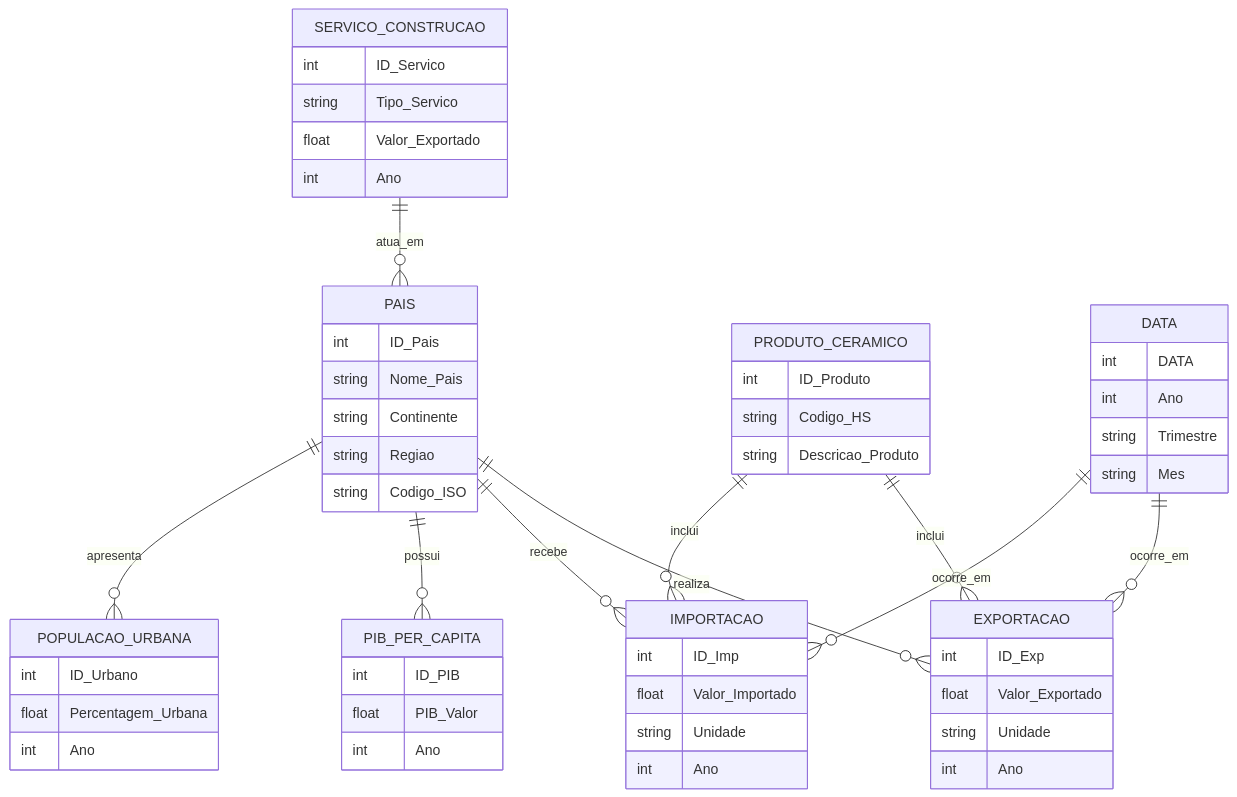
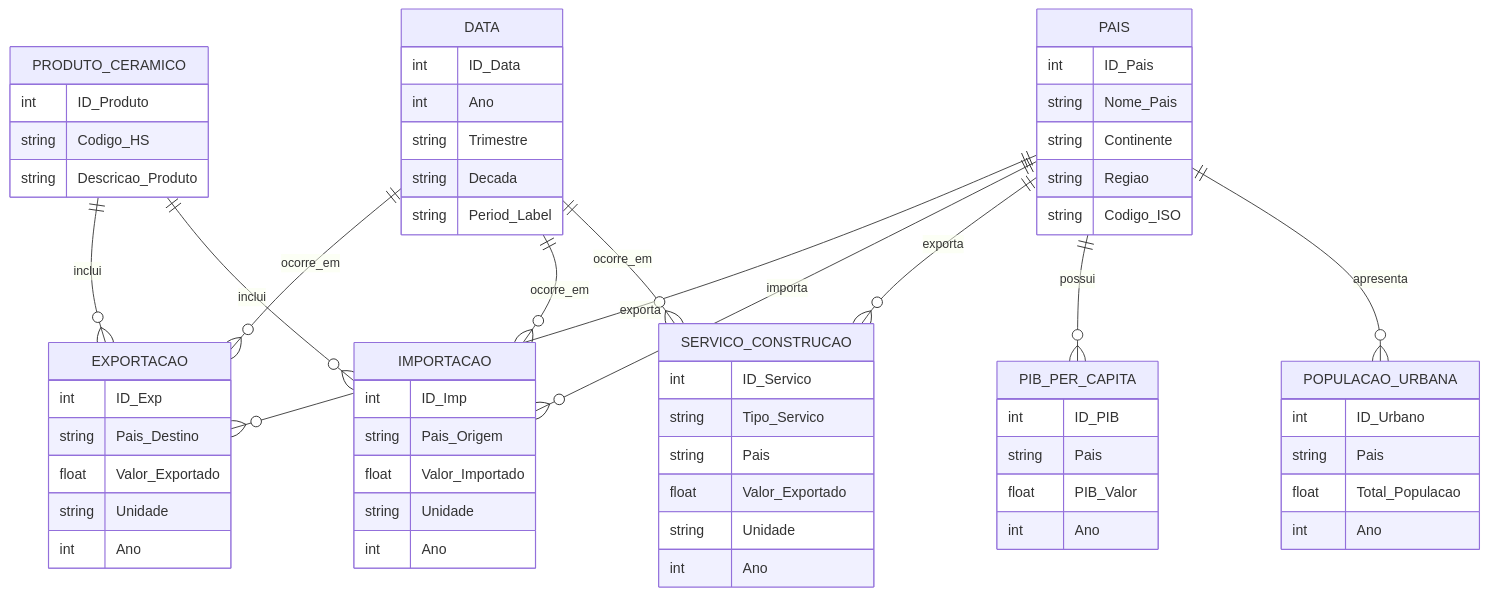
Before and after one commit to srdobolo/Data-Warehouse-Power-Bi-Ceramics-World: the diagram in docs/Modelo_Conceptual.md, drawn with Mermaid. The commit also changed other lines of this file and 6 other files, not shown here.

````diff
--- a/docs/Modelo_Conceptual.md
+++ b/docs/Modelo_Conceptual.md
@@ -35,66 +36,74 @@
 ```mermaid
 erDiagram
-    PAIS ||--o{ EXPORTACAO : realiza
-    PAIS ||--o{ IMPORTACAO : recebe
+    PAIS ||--o{ EXPORTACAO : exporta
+    PAIS ||--o{ IMPORTACAO : importa
+    PAIS ||--o{ SERVICO_CONSTRUCAO : exporta
     PAIS ||--o{ PIB_PER_CAPITA : possui
     PAIS ||--o{ POPULACAO_URBANA : apresenta
     PRODUTO_CERAMICO ||--o{ EXPORTACAO : inclui
     PRODUTO_CERAMICO ||--o{ IMPORTACAO : inclui
-    SERVICO_CONSTRUCAO ||--o{ PAIS : atua_em
     DATA ||--o{ EXPORTACAO : ocorre_em
     DATA ||--o{ IMPORTACAO : ocorre_em
+    DATA ||--o{ SERVICO_CONSTRUCAO : ocorre_em
 
     PAIS {
         int ID_Pais
         string Nome_Pais
         string Continente
         string Regiao
         string Codigo_ISO
     }
 
     PRODUTO_CERAMICO {
         int ID_Produto
         string Codigo_HS
         string Descricao_Produto
     }
 
     EXPORTACAO {
         int ID_Exp
+        string Pais_Destino
         float Valor_Exportado
         string Unidade
         int Ano
     }
 
     IMPORTACAO {
         int ID_Imp
+        string Pais_Origem
         float Valor_Importado
         string Unidade
         int Ano
     }
 
     SERVICO_CONSTRUCAO {
         int ID_Servico
         string Tipo_Servico
+        string Pais
         float Valor_Exportado
+        string Unidade
         int Ano
     }
 
     PIB_PER_CAPITA {
         int ID_PIB
+        string Pais
         float PIB_Valor
         int Ano
     }
 
     POPULACAO_URBANA {
         int ID_Urbano
-        float Percentagem_Urbana
+        string Pais
+        float Total_Populacao
         int Ano
     }
 
     DATA {
-        int DATA
+        int ID_Data
         int Ano
         string Trimestre
-        string Mes
+        string Decada
+        string Period_Label
     }
 ```
````
